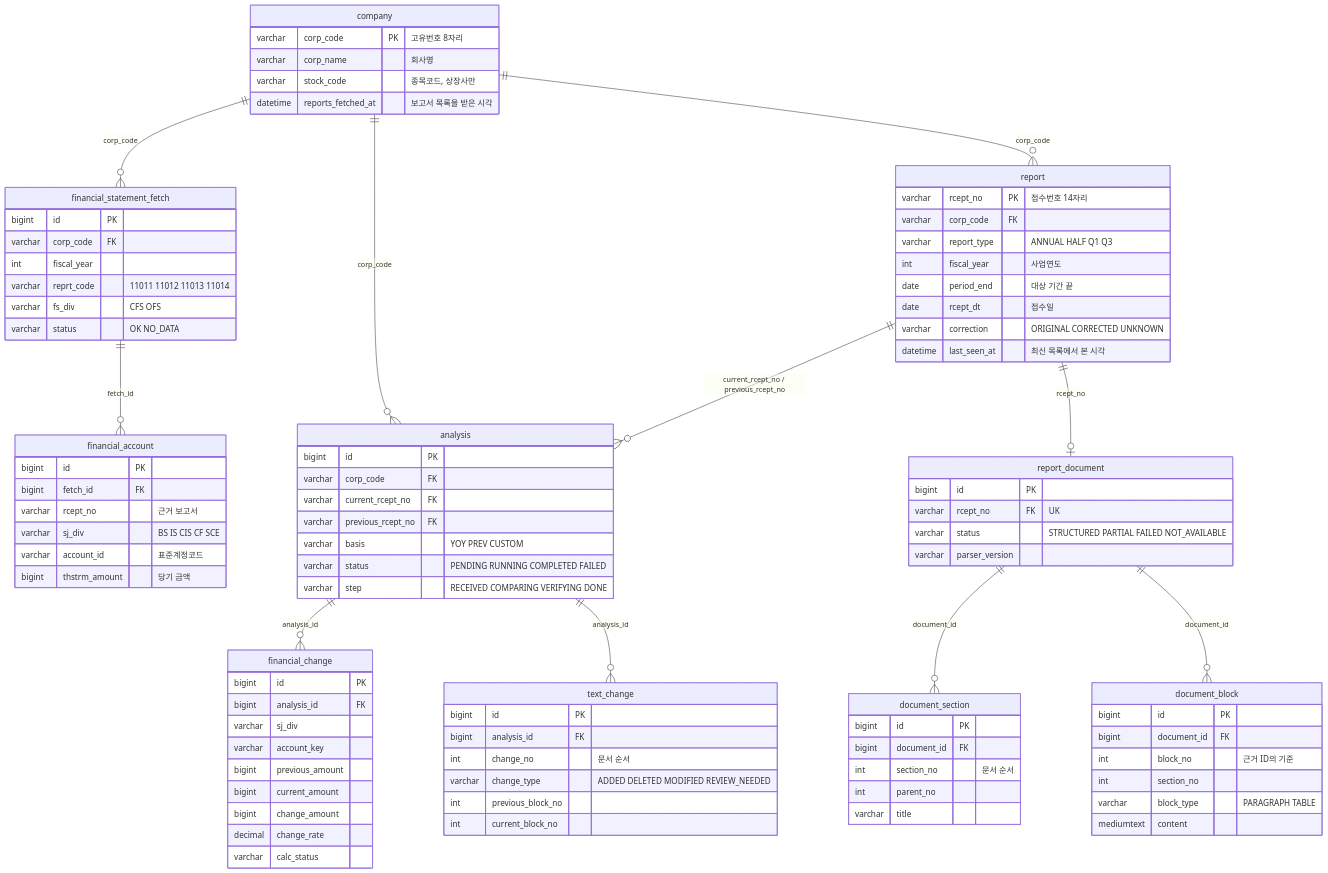
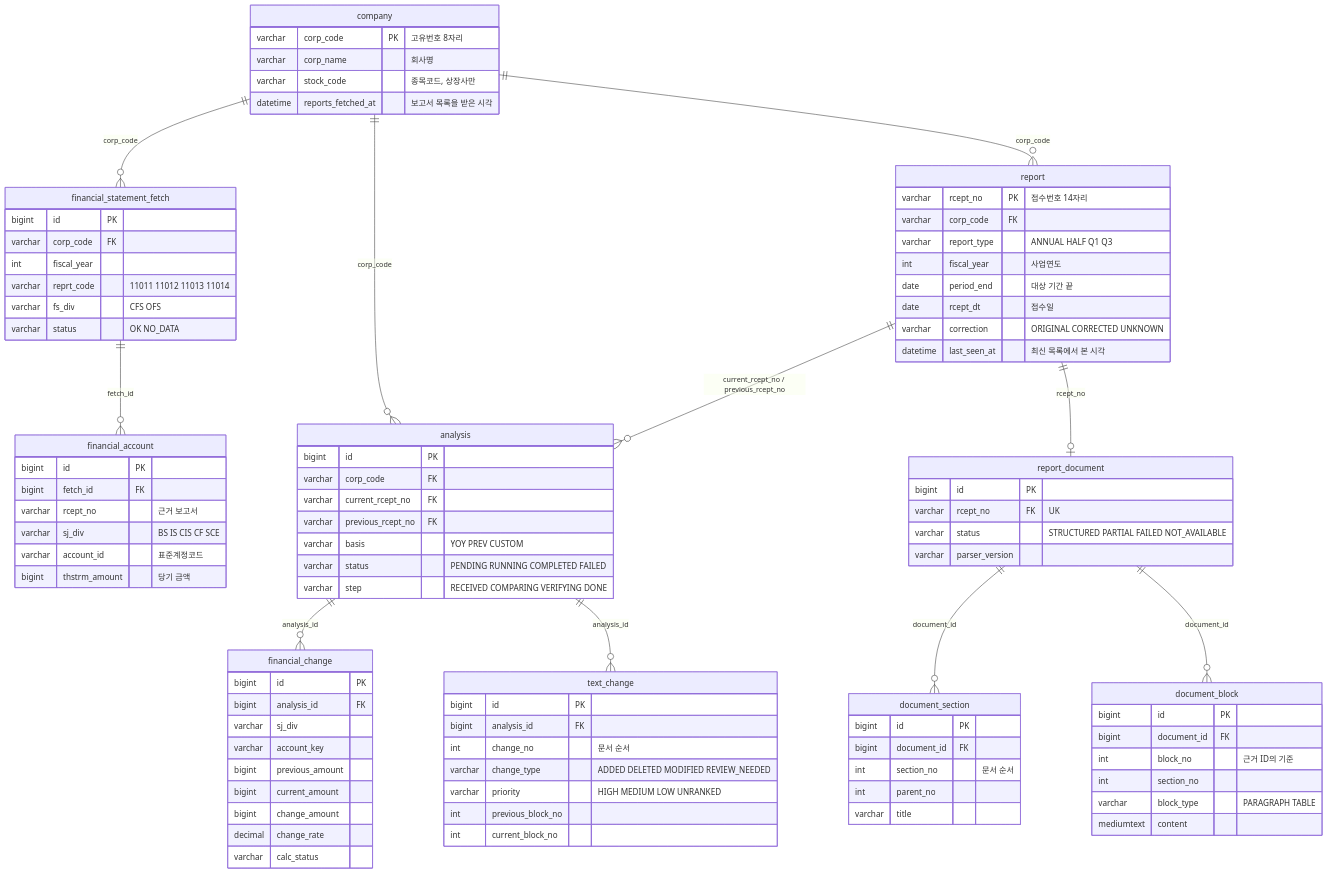
One commit to ShinhanDSProject/dart-insight changed the diagram in docs/erd.md. Above: the diagram before and after it, drawn with Mermaid. The commit also changed other lines of this file and 16 other files, not shown here.

```diff
--- a/docs/erd.md
+++ b/docs/erd.md
@@ -99,6 +99,7 @@
         bigint analysis_id FK
         int change_no "문서 순서"
         varchar change_type "ADDED DELETED MODIFIED REVIEW_NEEDED"
+        varchar priority "HIGH MEDIUM LOW UNRANKED"
         int previous_block_no
         int current_block_no
     }
```
